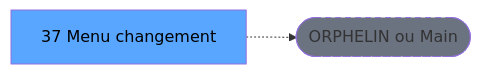
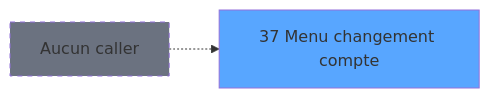
Before and after one commit to thonyAGP/lecteur-magic: the second of 3 diagrams in .openspec/specs/ADH-IDE-37.md, drawn with Mermaid. The commit also changed other lines of this file and 96 other files, not shown here.

````diff
--- a/.openspec/specs/ADH-IDE-37.md
+++ b/.openspec/specs/ADH-IDE-37.md
@@ -117,8 +190,8 @@
 ```mermaid
 graph LR
-    T[37 Menu changement]
-    ORPHAN([ORPHELIN ou Main])
-    T -.-> ORPHAN
-    style T fill:#58a6ff,color:#000
-    style ORPHAN fill:#6b7280,stroke-dasharray: 5 5
+    T37[37 Menu changement compte]
+    style T37 fill:#58a6ff
+    NONE[Aucun caller]
+    NONE -.-> T37
+    style NONE fill:#6b7280,stroke-dasharray: 5 5
 ```
````
